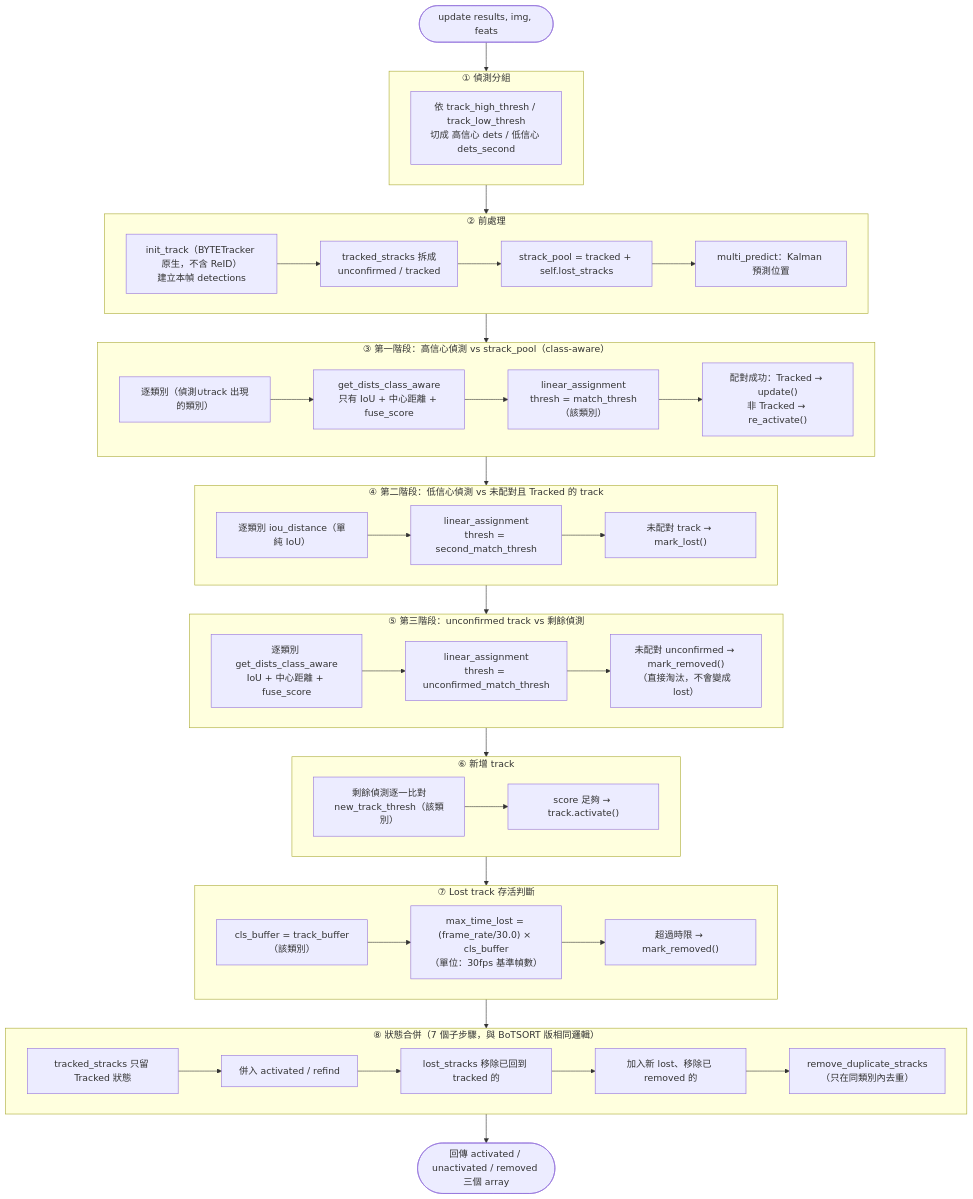
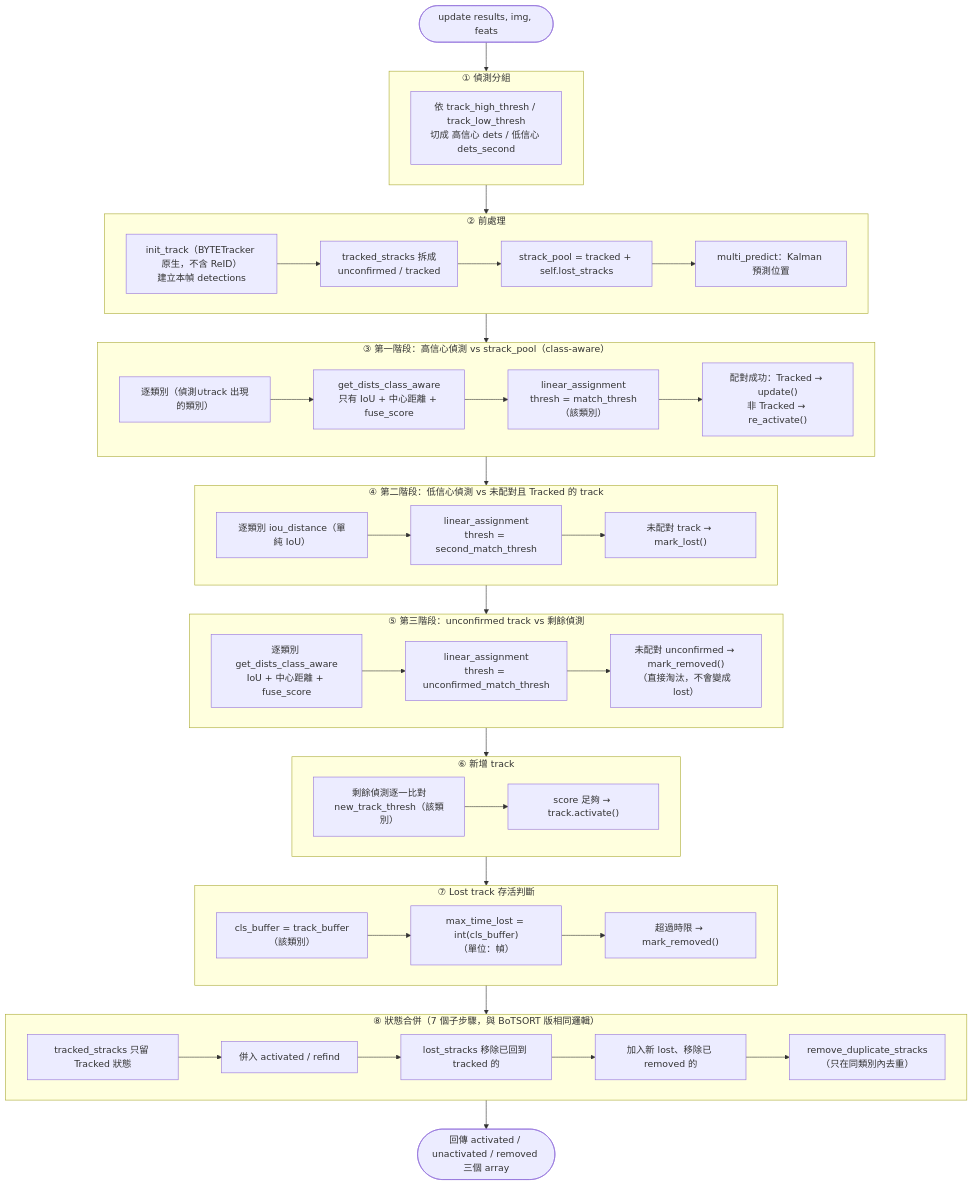
Before and after one commit to Moris-Zhan/safetrajai_eval: the diagram in src/safetrajai/tracking/class_aware_bytetrack_flow.md, drawn with Mermaid. The commit also changed other lines of this file and 51 other files, not shown here.

````diff
--- a/src/safetrajai/tracking/class_aware_bytetrack_flow.md
+++ b/src/safetrajai/tracking/class_aware_bytetrack_flow.md
@@ -15,76 +15,76 @@
 ```mermaid
 flowchart TD
     Start(["update results, img, feats"]) --> Split
 
     subgraph Split["① 偵測分組"]
         S1["依 track_high_thresh / track_low_thresh<br/>切成 高信心 dets / 低信心 dets_second"]
     end
 
     Split --> Prep
 
     subgraph Prep["② 前處理"]
         P1["init_track（BYTETracker 原生，不含 ReID）<br/>建立本幀 detections"]
         P2["tracked_stracks 拆成<br/>unconfirmed / tracked"]
         P3["strack_pool = tracked + self.lost_stracks"]
         P4["multi_predict：Kalman 預測位置"]
         P1 --> P2 --> P3 --> P4
     end
 
     Prep --> Stage1
 
     subgraph Stage1["③ 第一階段：高信心偵測 vs strack_pool（class-aware）"]
         A1["逐類別（偵測∪track 出現的類別）"]
         A2["get_dists_class_aware<br/>只有 IoU + 中心距離 + fuse_score"]
         A3["linear_assignment<br/>thresh = match_thresh（該類別）"]
         A4["配對成功：Tracked → update()<br/>非 Tracked → re_activate()"]
         A1 --> A2 --> A3 --> A4
     end
 
     Stage1 --> Stage2
 
     subgraph Stage2["④ 第二階段：低信心偵測 vs 未配對且 Tracked 的 track"]
         B1["逐類別 iou_distance（單純 IoU）"]
         B2["linear_assignment<br/>thresh = second_match_thresh"]
         B3["未配對 track → mark_lost()"]
         B1 --> B2 --> B3
     end
 
     Stage2 --> Stage3
 
     subgraph Stage3["⑤ 第三階段：unconfirmed track vs 剩餘偵測"]
         C1["逐類別 get_dists_class_aware<br/>IoU + 中心距離 + fuse_score"]
         C2["linear_assignment<br/>thresh = unconfirmed_match_thresh"]
         C3["未配對 unconfirmed → mark_removed()<br/>（直接淘汰，不會變成 lost）"]
         C1 --> C2 --> C3
     end
 
     Stage3 --> NewTrack
 
     subgraph NewTrack["⑥ 新增 track"]
         D1["剩餘偵測逐一比對<br/>new_track_thresh（該類別）"]
         D2["score 足夠 → track.activate()"]
         D1 --> D2
     end
 
     NewTrack --> LostBuffer
 
     subgraph LostBuffer["⑦ Lost track 存活判斷"]
         E1["cls_buffer = track_buffer（該類別）"]
-        E2["max_time_lost = (frame_rate/30.0) × cls_buffer<br/>（單位：30fps 基準幀數）"]
+        E2["max_time_lost = int(cls_buffer)<br/>（單位：幀）"]
         E3["超過時限 → mark_removed()"]
         E1 --> E2 --> E3
     end
 
     LostBuffer --> Merge
 
     subgraph Merge["⑧ 狀態合併（7 個子步驟，與 BoTSORT 版相同邏輯）"]
         F1["tracked_stracks 只留 Tracked 狀態"]
         F2["併入 activated / refind"]
         F3["lost_stracks 移除已回到 tracked 的"]
         F4["加入新 lost、移除已 removed 的"]
         F5["remove_duplicate_stracks<br/>（只在同類別內去重）"]
         F1 --> F2 --> F3 --> F4 --> F5
     end
 
     Merge --> End(["回傳 activated / unactivated / removed 三個 array"])
 ```
````
